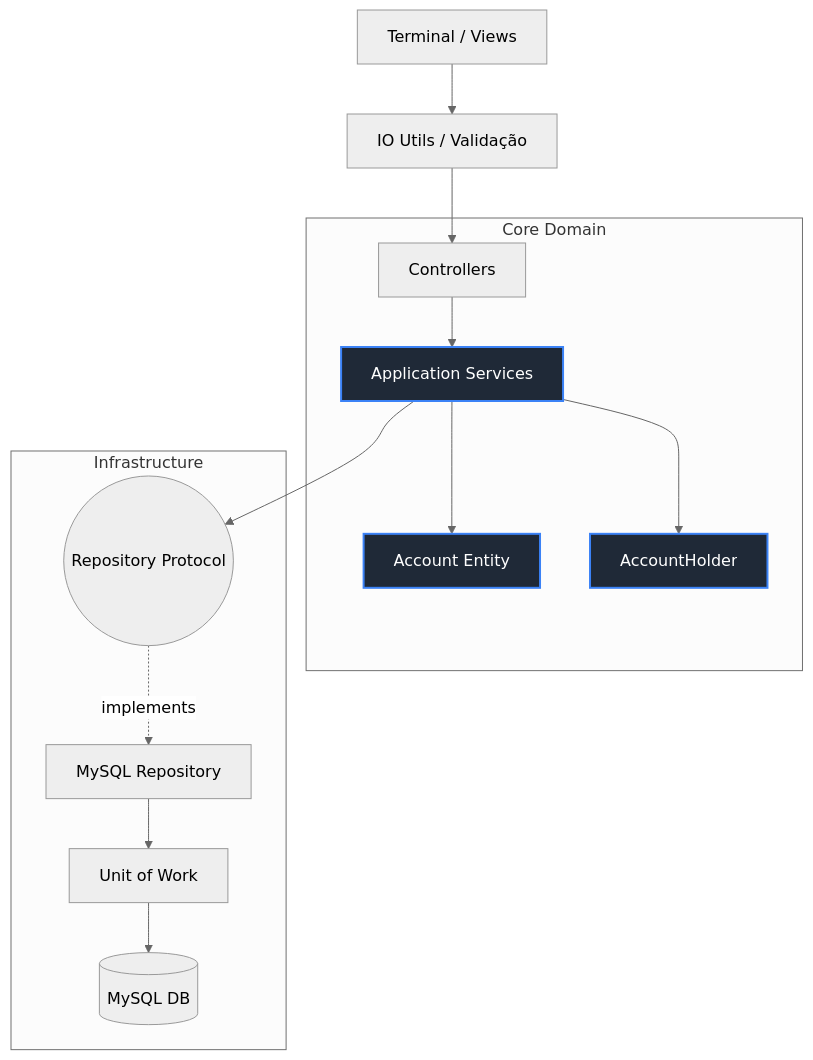
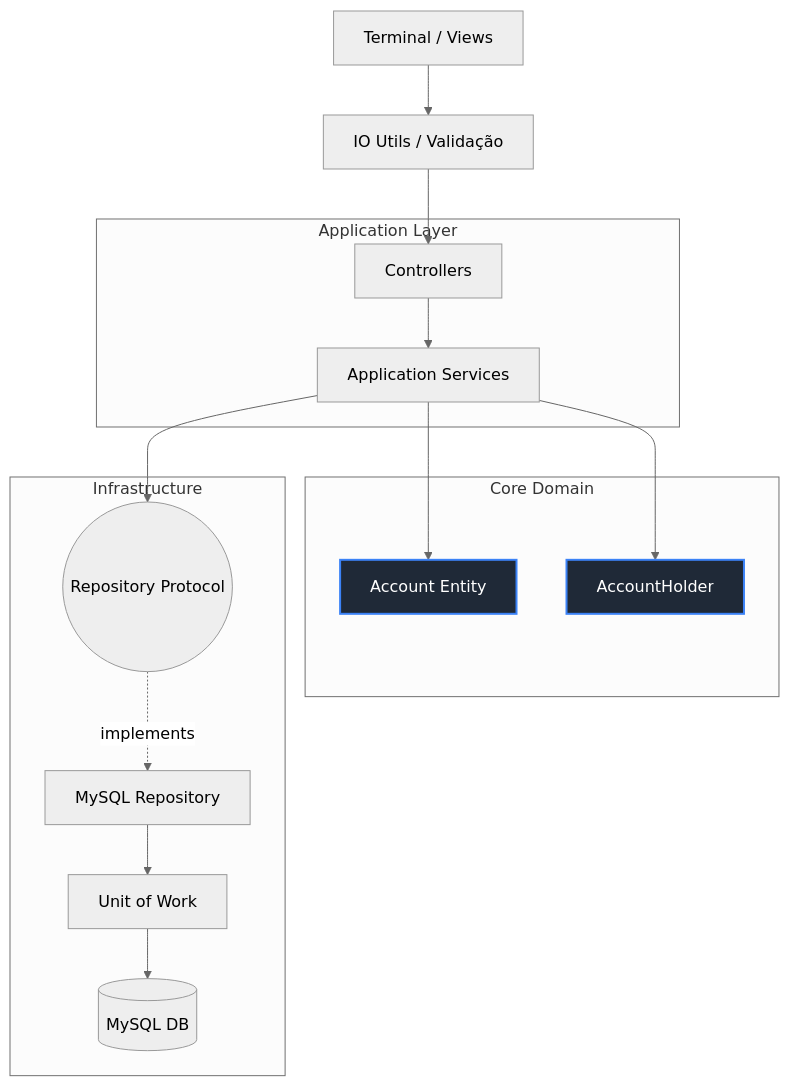
One commit to Joziel-Freitas/pybank changed the diagram in README.md. Above: the diagram before and after it, drawn with Mermaid (neutral theme).

Commit message:
docs(readme): isolate Application Layer from Core Domain in Mermaid diagram
Corrects the visual boundaries in the Mermaid architecture diagram by
moving Application Services out of the Core Domain subgraph into a
dedicated Application Layer subgraph.

This strictly aligns the README documentation with Clean Architecture and
DDD principles, ensuring pure Domain Entities remain isolated from
application-level orchestration services.

````diff
--- a/README.md
+++ b/README.md
@@ -69,22 +69,25 @@
 ```mermaid
 graph TD
     UI[Terminal / Views] --> IO[IO Utils / Validação]
     IO --> Controller[Controllers]
 
+    subgraph Application Layer
+        Controller --> Services[Application Services]
+    end
+
     subgraph Core Domain
-        Controller --> Services[Application Services]
         Services --> Account[Account Entity]
         Services --> Person[AccountHolder]
     end
 
     Services --> RepoInterface((Repository Protocol))
 
     subgraph Infrastructure
         RepoInterface -. implements .-> MySQLRepo[MySQL Repository]
         MySQLRepo --> UoW[Unit of Work]
         UoW --> DB[(MySQL DB)]
     end
 
     classDef domain fill:#1f2937,stroke:#3b82f6,stroke-width:2px,color:#fff;
-    class Services,Account,Person domain;
+    class Account,Person domain;
 ```
````
